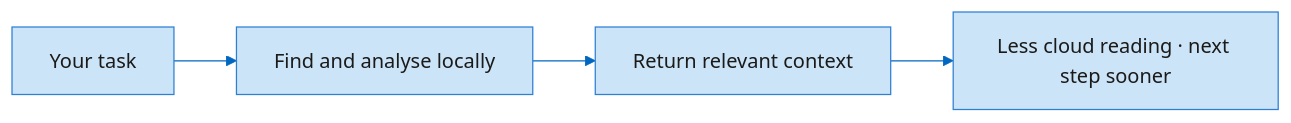
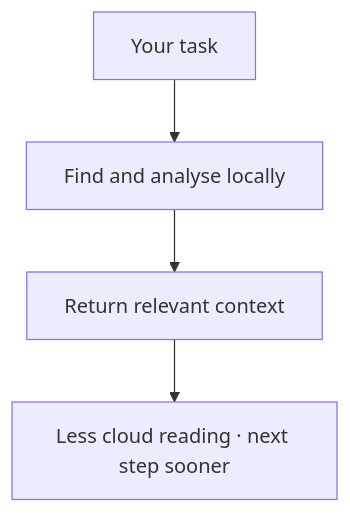
Before and after one commit to MrAliev/local-ai-toolkit: the diagram in docs/wiki/Home.md, drawn with Mermaid. The commit also changed other lines of this file and 26 other files, not shown here.

````diff
--- a/docs/wiki/Home.md
+++ b/docs/wiki/Home.md
@@ -16,17 +22,6 @@
 ```mermaid
----
-config:
-  theme: base
-  themeVariables:
-    primaryColor: "#CCE4F7"
-    primaryTextColor: "#1A1A1A"
-    primaryBorderColor: "#2D7FD3"
-    lineColor: "#0067C0"
-    secondaryColor: "#FAFAFA"
-    tertiaryColor: "#F3F3F3"
----
-flowchart LR
+flowchart TB
   intent["Your task"] --> context["Find and analyse locally"]
   context --> evidence["Return relevant context"]
   evidence --> decision["Less cloud reading · next step sooner"]
 ```
````
